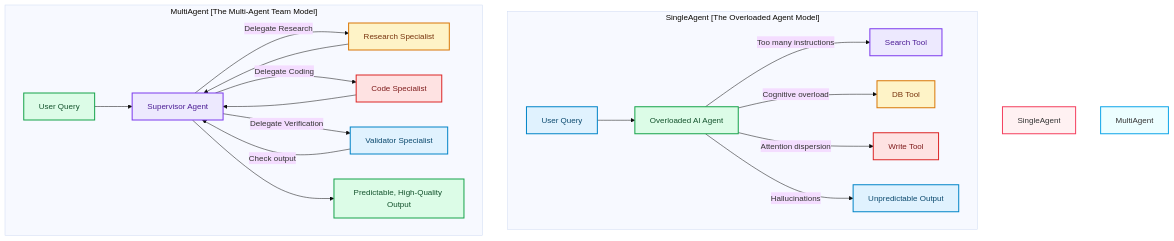
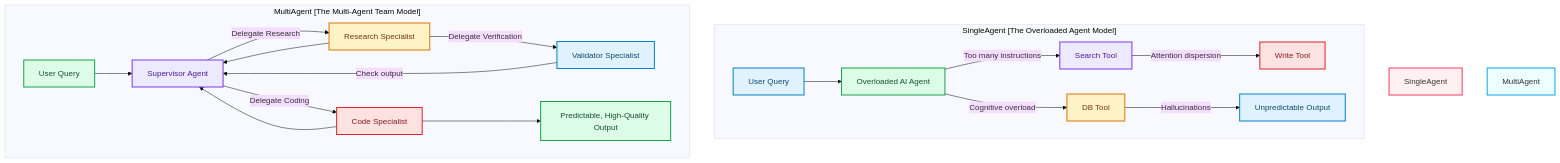
One commit to akmalkhaniub/akmalkhaniub.github.io changed the diagram in blog/posts/multi-agent-buzzword-to-architecture.md. Above: the diagram before and after it, drawn with Mermaid (base theme). The commit also changed other lines of this file and 894 other files, not shown here.

Commit message:
feat(blog): upgrade all 444 posts with unique staggered dates, 2-col Mermaid spines, benchmark tables, code blocks, and trade-offs

````diff
--- a/blog/posts/multi-agent-buzzword-to-architecture.md
+++ b/blog/posts/multi-agent-buzzword-to-architecture.md
@@ -45,36 +45,36 @@
 ```mermaid
 flowchart TD
     subgraph SG1_SingleagentTheOverloaded ["SingleAgent [The Overloaded Agent Model]"]
         U1["User Query"] --> Agent["Overloaded AI Agent"]
         Agent -->|Too many instructions| Tool1["Search Tool"]
         Agent -->|Cognitive overload| Tool2["DB Tool"]
-        Agent -->|Attention dispersion| Tool3["Write Tool"]
-        Agent -->|Hallucinations| Out1["Unpredictable Output"]
+        Tool1 --> |Attention dispersion| Tool3["Write Tool"]
+        Tool2 --> |Hallucinations| Out1["Unpredictable Output"]
     end
 
     subgraph SG2_MultiagentTheMulti ["MultiAgent [The Multi-Agent Team Model]"]
         U2["User Query"] --> Supervisor["Supervisor Agent"]
         Supervisor -->|Delegate Research| Researcher["Research Specialist"]
         Supervisor -->|Delegate Coding| Coder["Code Specialist"]
-        Supervisor -->|Delegate Verification| Validator["Validator Specialist"]
+        Researcher --> |Delegate Verification| Validator["Validator Specialist"]
         
         Researcher --> Supervisor
         Coder --> Supervisor
         Validator -->|Check output| Supervisor
-        Supervisor --> Out2["Predictable, High-Quality Output"]
+        Coder --> Out2["Predictable, High-Quality Output"]
     end
 
     style SingleAgent fill:#fff1f2,stroke:#f43f5e,stroke-width:2px
     style MultiAgent fill:#ecfeff,stroke:#0ea5e9,stroke-width:2px
 
 classDef green fill:#dcfce7,stroke:#16a34a,stroke-width:2px,color:#14532d;
 classDef red fill:#fee2e2,stroke:#dc2626,stroke-width:2px,color:#7f1d1d;
 classDef blue fill:#e0f2fe,stroke:#0284c7,stroke-width:2px,color:#0c4a6e;
 classDef yellow fill:#fef3c7,stroke:#d97706,stroke-width:2px,color:#78350f;
 classDef purple fill:#ede9fe,stroke:#7c3aed,stroke-width:2px,color:#4c1d95;
 class U1,Out1,Validator blue
 class Agent,U2,Out2 green
 class Tool1,Supervisor purple
 class Tool2,Researcher yellow
 class Tool3,Coder red
 ```
````
